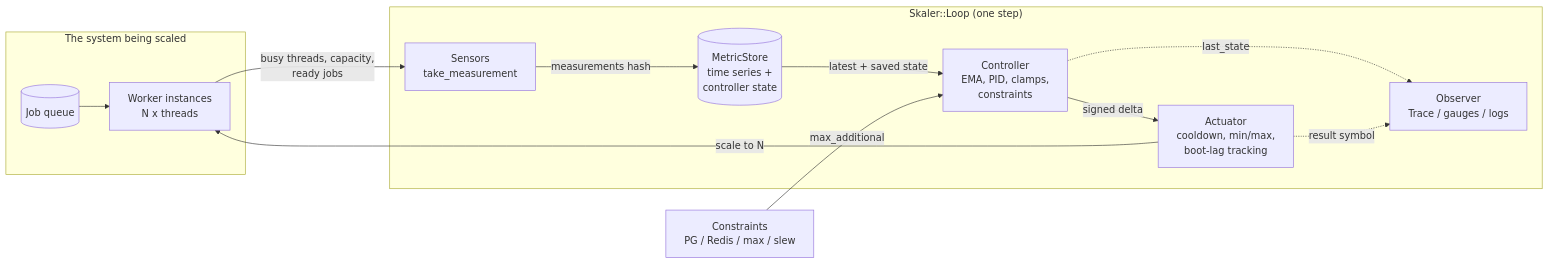
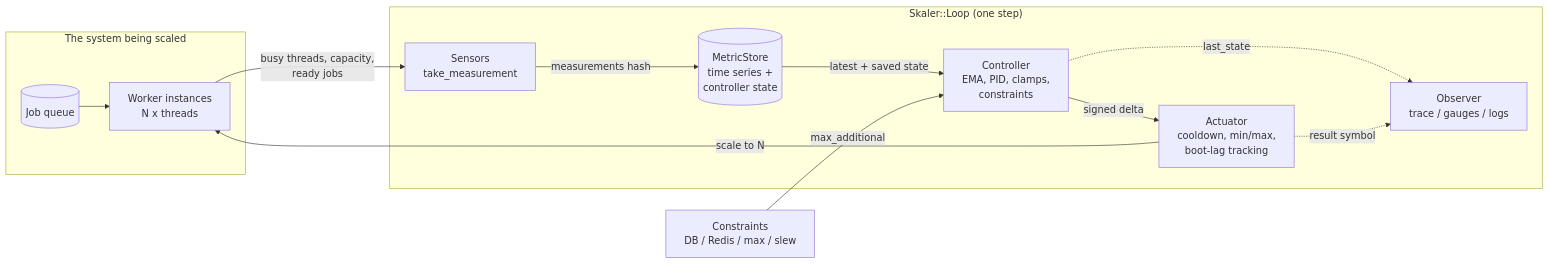
The first of 5 diagrams in README.md (julik/skaler), drawn with Mermaid before and after one commit. The commit also changed other lines of this file and 1 other file, not shown here.

````diff
--- a/README.md
+++ b/README.md
@@ -32,25 +132,25 @@
 ```mermaid
 flowchart LR
     subgraph Plant["The system being scaled"]
         Q[("Job queue")]
         W["Worker instances<br/>N x threads"]
         Q --> W
     end
 
     subgraph Loop["Skaler::Loop (one step)"]
         S["Sensors<br/>take_measurement"]
         M[("MetricStore<br/>time series +<br/>controller state")]
         C["Controller<br/>EMA, PID, clamps,<br/>constraints"]
         A["Actuator<br/>cooldown, min/max,<br/>boot-lag tracking"]
-        O["Observer<br/>Trace / gauges / logs"]
+        O["Observer<br/>trace / gauges / logs"]
         S -->|measurements hash| M
         M -->|latest + saved state| C
         C -->|signed delta| A
         C -.->|last_state| O
         A -.->|result symbol| O
     end
 
     W -->|busy threads, capacity,<br/>ready jobs| S
     A -->|scale to N| W
-    K["Constraints<br/>PG / Redis / max / slew"] -->|max_additional| C
+    K["Constraints<br/>DB / Redis / max / slew"] -->|max_additional| C
 ```
````
